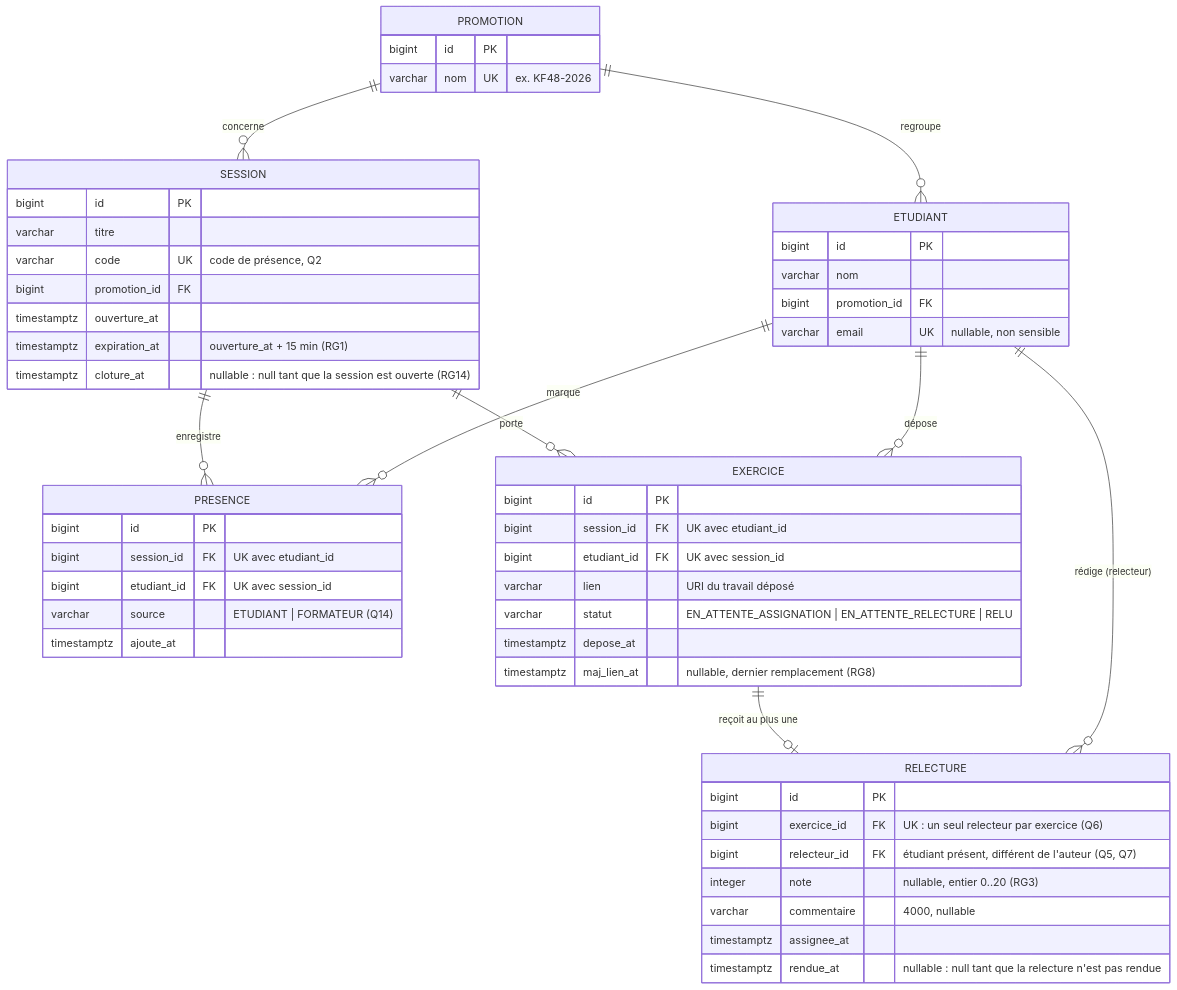
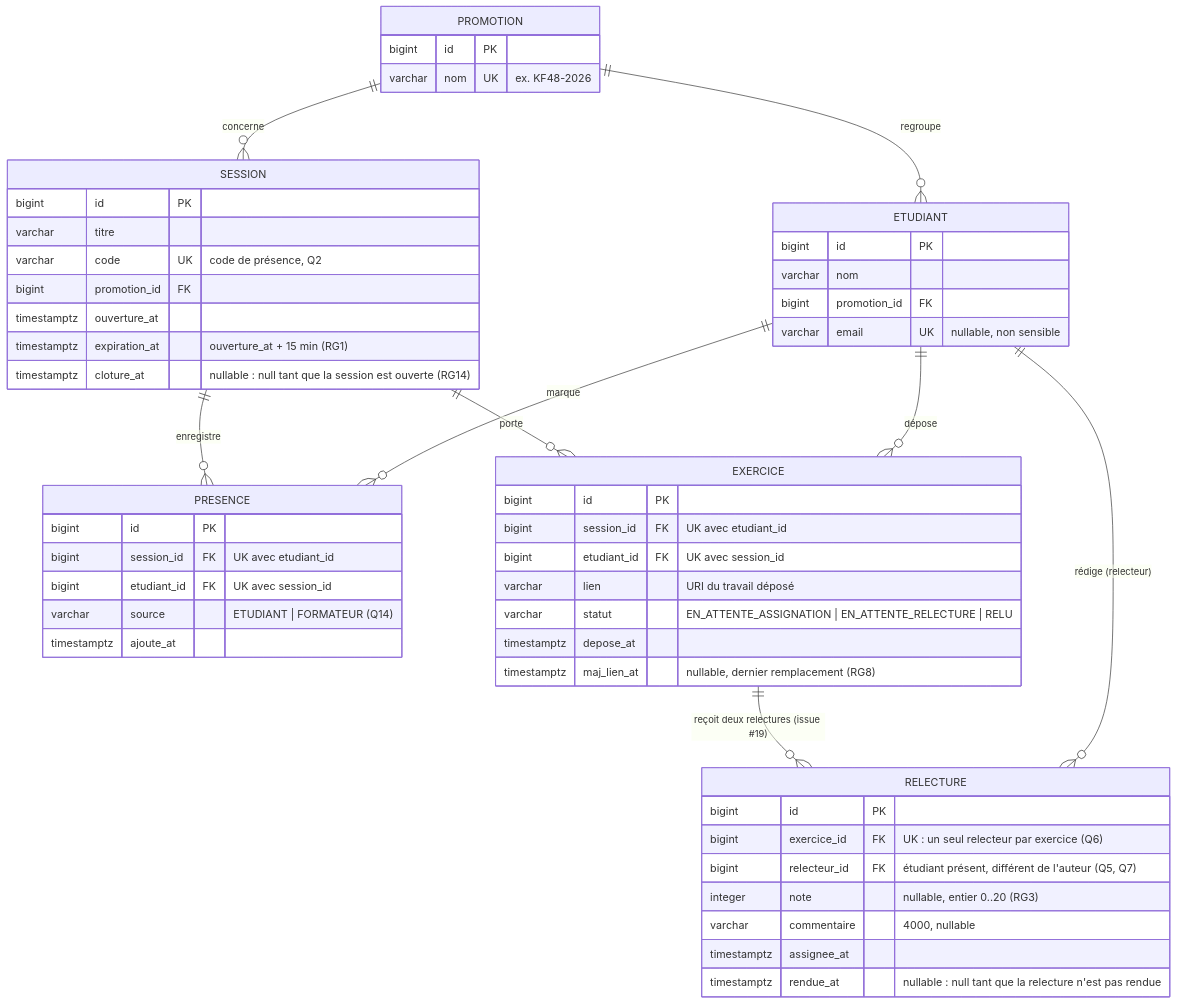
The diagram in docs/diagrammes/D2-modele-de-donnees.md (ROCHA-48/kfokam48-epreuve-245), drawn with Mermaid before and after one commit. The commit also changed other lines of this file and 12 other files, not shown here.

First line of the commit message:
relectures: deux relecteurs distincts par exercice, moyenne des notes (issue #19)

````diff
--- a/docs/diagrammes/D2-modele-de-donnees.md
+++ b/docs/diagrammes/D2-modele-de-donnees.md
@@ -5,61 +5,61 @@
 ```mermaid
 erDiagram
     PROMOTION ||--o{ ETUDIANT : "regroupe"
     PROMOTION ||--o{ SESSION : "concerne"
     SESSION ||--o{ PRESENCE : "enregistre"
     ETUDIANT ||--o{ PRESENCE : "marque"
     SESSION ||--o{ EXERCICE : "porte"
     ETUDIANT ||--o{ EXERCICE : "dépose"
-    EXERCICE ||--o| RELECTURE : "reçoit au plus une"
+    EXERCICE ||--o{ RELECTURE : "reçoit deux relectures (issue #19)"
     ETUDIANT ||--o{ RELECTURE : "rédige (relecteur)"
 
     PROMOTION {
         bigint id PK
         varchar nom UK "ex. KF48-2026"
     }
 
     ETUDIANT {
         bigint id PK
         varchar nom
         bigint promotion_id FK
         varchar email UK "nullable, non sensible"
     }
 
     SESSION {
         bigint id PK
         varchar titre
         varchar code UK "code de présence, Q2"
         bigint promotion_id FK
         timestamptz ouverture_at
         timestamptz expiration_at "ouverture_at + 15 min (RG1)"
         timestamptz cloture_at "nullable : null tant que la session est ouverte (RG14)"
     }
 
     PRESENCE {
         bigint id PK
         bigint session_id FK "UK avec etudiant_id"
         bigint etudiant_id FK "UK avec session_id"
         varchar source "ETUDIANT | FORMATEUR (Q14)"
         timestamptz ajoute_at
     }
 
     EXERCICE {
         bigint id PK
         bigint session_id FK "UK avec etudiant_id"
         bigint etudiant_id FK "UK avec session_id"
         varchar lien "URI du travail déposé"
         varchar statut "EN_ATTENTE_ASSIGNATION | EN_ATTENTE_RELECTURE | RELU"
         timestamptz depose_at
         timestamptz maj_lien_at "nullable, dernier remplacement (RG8)"
     }
 
     RELECTURE {
         bigint id PK
         bigint exercice_id FK "UK : un seul relecteur par exercice (Q6)"
         bigint relecteur_id FK "étudiant présent, différent de l'auteur (Q5, Q7)"
         integer note "nullable, entier 0..20 (RG3)"
         varchar commentaire "4000, nullable"
         timestamptz assignee_at
         timestamptz rendue_at "nullable : null tant que la relecture n'est pas rendue"
     }
 ```
````
